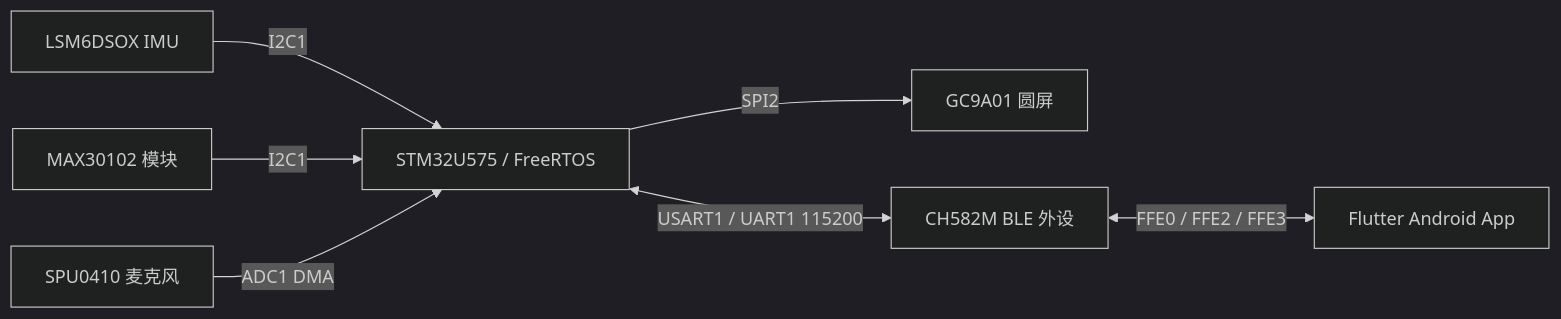
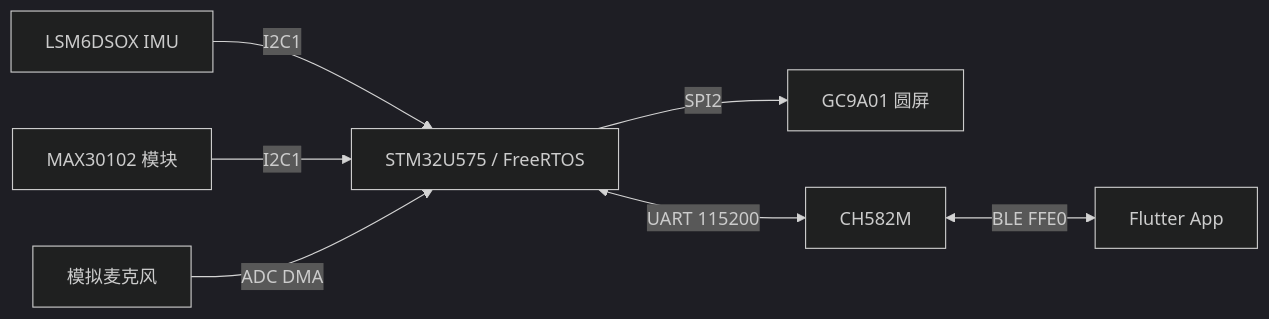
Before and after one commit to Cody-ic/SmartWatch: the diagram in README.md, drawn with Mermaid (dark theme). The commit also changed other lines of this file and 19 other files, not shown here.

````diff
--- a/README.md
+++ b/README.md
@@ -24,9 +9,9 @@
 ```mermaid
 flowchart LR
     IMU[LSM6DSOX IMU] -->|I2C1| MCU[STM32U575 / FreeRTOS]
     PPG[MAX30102 模块] -->|I2C1| MCU
-    MIC[SPU0410 麦克风] -->|ADC1 DMA| MCU
+    MIC[模拟麦克风] -->|ADC DMA| MCU
     MCU -->|SPI2| LCD[GC9A01 圆屏]
-    MCU <-->|USART1 / UART1 115200| BLE[CH582M BLE 外设]
-    BLE <-->|FFE0 / FFE2 / FFE3| APP[Flutter Android App]
+    MCU <-->|UART 115200| BLE[CH582M]
+    BLE <-->|BLE FFE0| APP[Flutter App]
 ```
````
